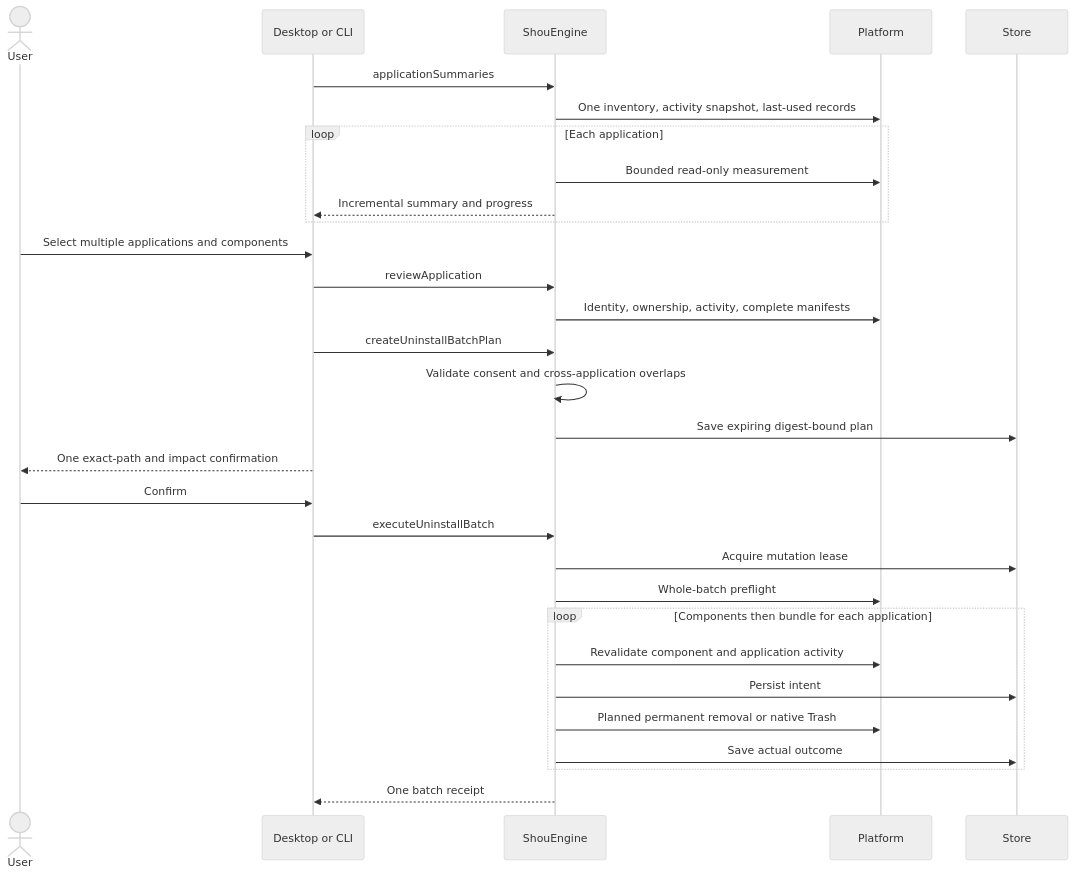
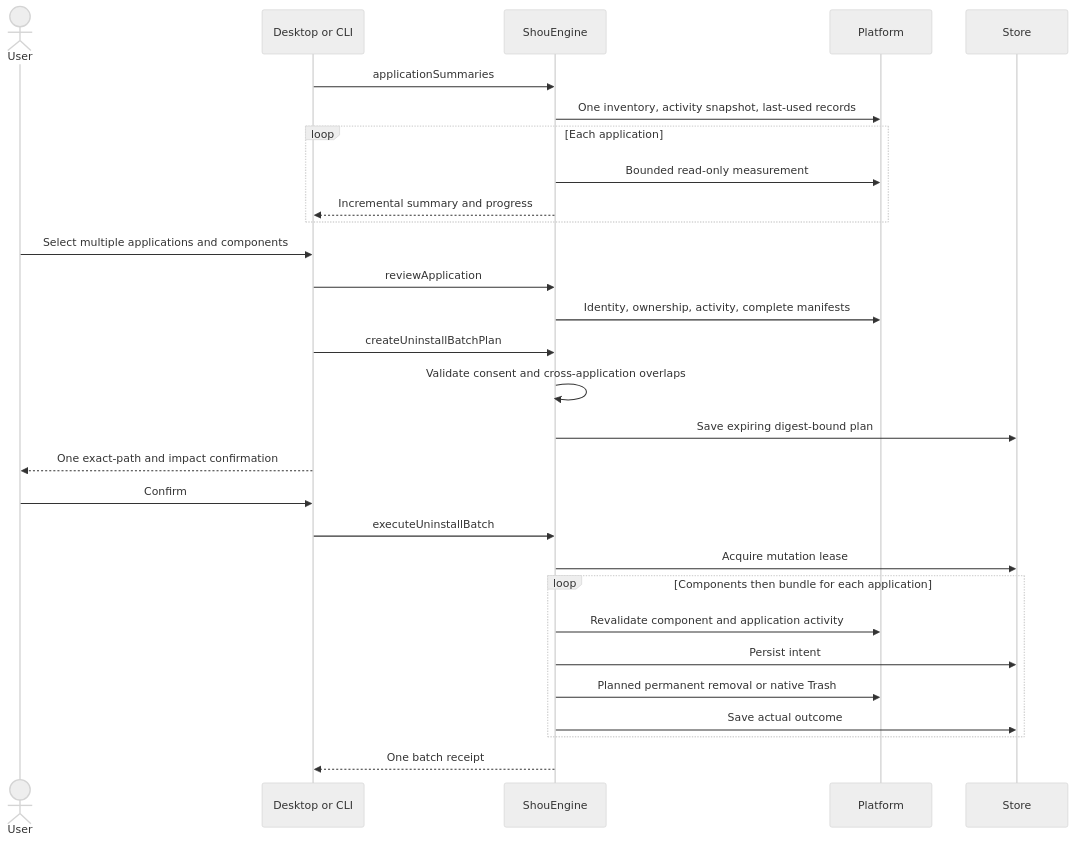
One commit to limecloud/shou changed the tenth of 11 diagrams in docs/product/application-uninstall.md. Above: the diagram before and after it, drawn with Mermaid (neutral theme). The commit also changed other lines of this file and 162 other files, not shown here.

````diff
--- a/docs/product/application-uninstall.md
+++ b/docs/product/application-uninstall.md
@@ -305,32 +307,31 @@
 ```mermaid
 sequenceDiagram
   actor User
   participant UI as Desktop or CLI
   participant Core as ShouEngine
   participant Mac as Platform
   participant Store
   UI->>Core: applicationSummaries
   Core->>Mac: One inventory, activity snapshot, last-used records
   loop Each application
     Core->>Mac: Bounded read-only measurement
     Core-->>UI: Incremental summary and progress
   end
   User->>UI: Select multiple applications and components
   UI->>Core: reviewApplication
   Core->>Mac: Identity, ownership, activity, complete manifests
   UI->>Core: createUninstallBatchPlan
   Core->>Core: Validate consent and cross-application overlaps
   Core->>Store: Save expiring digest-bound plan
   UI-->>User: One exact-path and impact confirmation
   User->>UI: Confirm
   UI->>Core: executeUninstallBatch
   Core->>Store: Acquire mutation lease
-  Core->>Mac: Whole-batch preflight
   loop Components then bundle for each application
     Core->>Mac: Revalidate component and application activity
     Core->>Store: Persist intent
     Core->>Mac: Planned permanent removal or native Trash
     Core->>Store: Save actual outcome
   end
   Core-->>UI: One batch receipt
 ```
````
